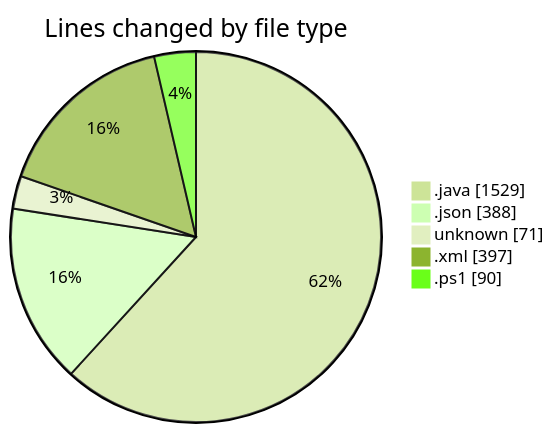
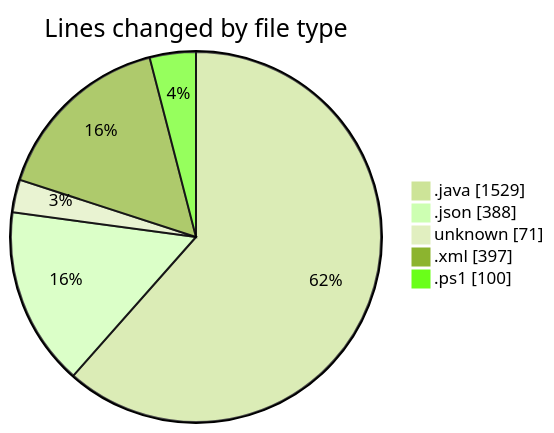
The first of 2 diagrams in 2025-02-25/micros/README.md (charlie-sans/code-tracking), drawn with Mermaid (forest theme) before and after one commit. The commit also changed other lines of this file and 1 other file, not shown here.

````diff
--- a/2025-02-25/micros/README.md
+++ b/2025-02-25/micros/README.md
@@ -28,9 +28,9 @@
 ```mermaid
 pie showData
 title Lines changed by file type
 ".java" : 1529
 ".json" : 388
 "unknown" : 71
 ".xml" : 397
-".ps1" : 90
+".ps1" : 100
 ```
````
